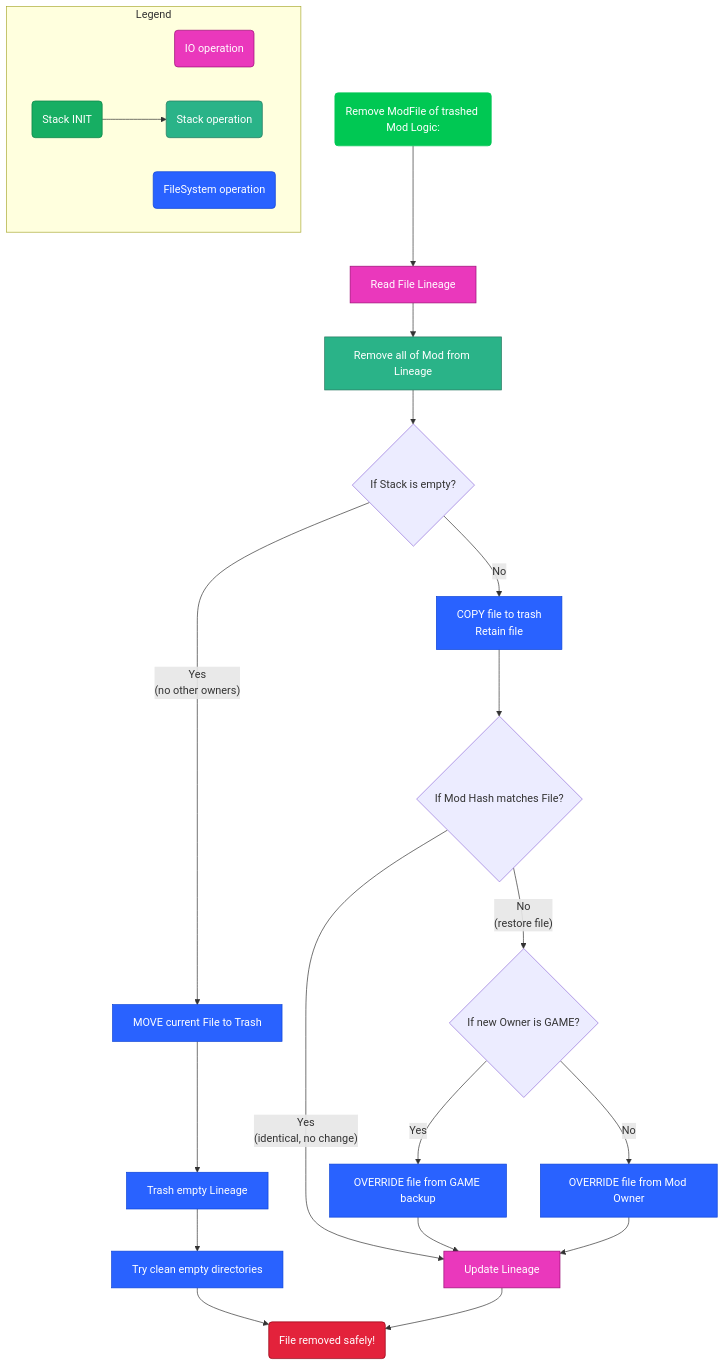
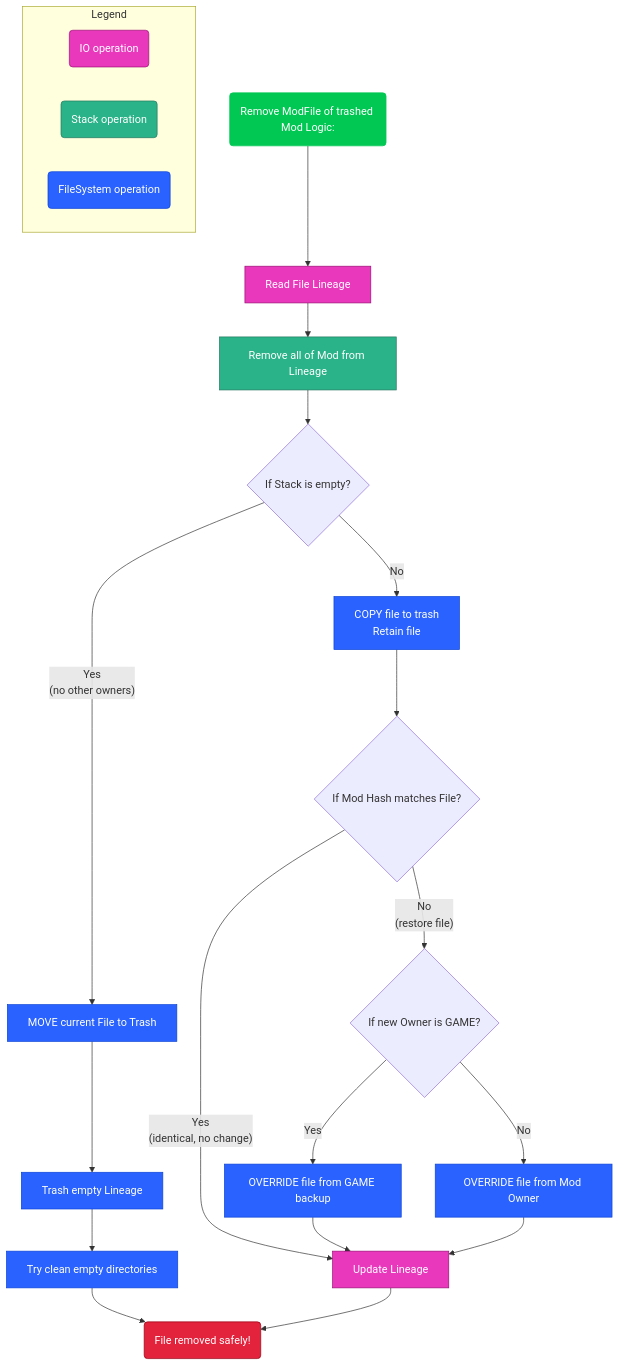
One commit to Onberg47/FileChange_Mod_Manager changed the diagram in docs/diagrams/ModFile_trash_logic.mmd. Above: the diagram before and after it, drawn with Mermaid. The commit also changed 1 other file, not shown here.

```diff
--- a/docs/diagrams/ModFile_trash_logic.mmd
+++ b/docs/diagrams/ModFile_trash_logic.mmd
@@ -1,60 +1,58 @@
 %% Author: Stephanos B
 %% Date: 24/12/2025
 flowchart TD
     
     Start(Remove ModFile of trashed Mod Logic:)
     --> ReadLineage[Read File Lineage]
         %% This Mod is being removed, therefore they forefit any Ownership.
     --> RemoveFromLineage[Remove all of Mod from Lineage]
     --> IsLastOwner{If Stack is empty?}
     IsLastOwner -- No
         -->CopyTrash[COPY file to trash<br>Retain file]
         --> CheckHash{If Mod Hash matches File?}
     IsLastOwner -- Yes<br>(no other owners)
         --> TrashFile[MOVE current File to Trash]
         --> TrashLineage[Trash empty Lineage]
         --> Clean[Try clean empty directories]
 
     CheckHash -- Yes<br>(identical, no change)
         %% If the file is the same as the new Owner expects, then there is no reason to change it.
         --> UpdateLineage[Update Lineage]
     CheckHash -- No<br>(restore file)
         %% File is different to what the new Owner expects. Must restore to their version...
         --> IfGameOwned{If new Owner is GAME?}
         IfGameOwned -- Yes
             --> RestoreFromBackup[OVERRIDE file from GAME backup]
             --> UpdateLineage
         IfGameOwned -- No
             --> RestoreFromManifest[OVERRIDE file from Mod Owner]
             --> UpdateLineage
 
     Clean --> End
     UpdateLineage --> End(File removed safely!)
 
 %% SubGraphs
     subgraph Legend
         IO_OP(IO operation)
-        Stack_INIT(Stack INIT) --> Stack_OP(Stack operation)
+        Stack_OP(Stack operation)
         FileS_OP(FileSystem operation)
     end
 
 %% Styles
     style Start color:#FFFFFF, fill:#00C853, stroke:#00C853
     style End color:#FFFFFF, fill:#e3223b, stroke:#930013
     
     style IO_OP color:#FFFFFF, fill:#ea38bc, stroke:#980d74
     style ReadLineage color:#FFFFFF, fill:#ea38bc, stroke:#980d74
     style UpdateLineage color:#FFFFFF, fill:#ea38bc, stroke:#980d74
 
-    
-    style Stack_INIT color:#FFFFFF, fill:#17ae63, stroke:#0b7f45
     style Stack_OP color:#FFFFFF, fill:#2ab388, stroke:#26775e
     style RemoveFromLineage color:#FFFFFF, fill:#2ab388, stroke:#26775e
     
     style FileS_OP color:#FFFFFF, fill:#2962FF, stroke:#0b42d6
     style TrashFile color:#FFFFFF, fill:#2962FF, stroke:#0b42d6
     style TrashLineage color:#FFFFFF, fill:#2962FF, stroke:#0b42d6
     style CopyTrash color:#FFFFFF, fill:#2962FF, stroke:#0b42d6
     style RestoreFromBackup color:#FFFFFF, fill:#2962FF, stroke:#0b42d6
     style RestoreFromManifest color:#FFFFFF, fill:#2962FF, stroke:#0b42d6
     style Clean color:#FFFFFF, fill:#2962FF, stroke:#0b42d6
```
